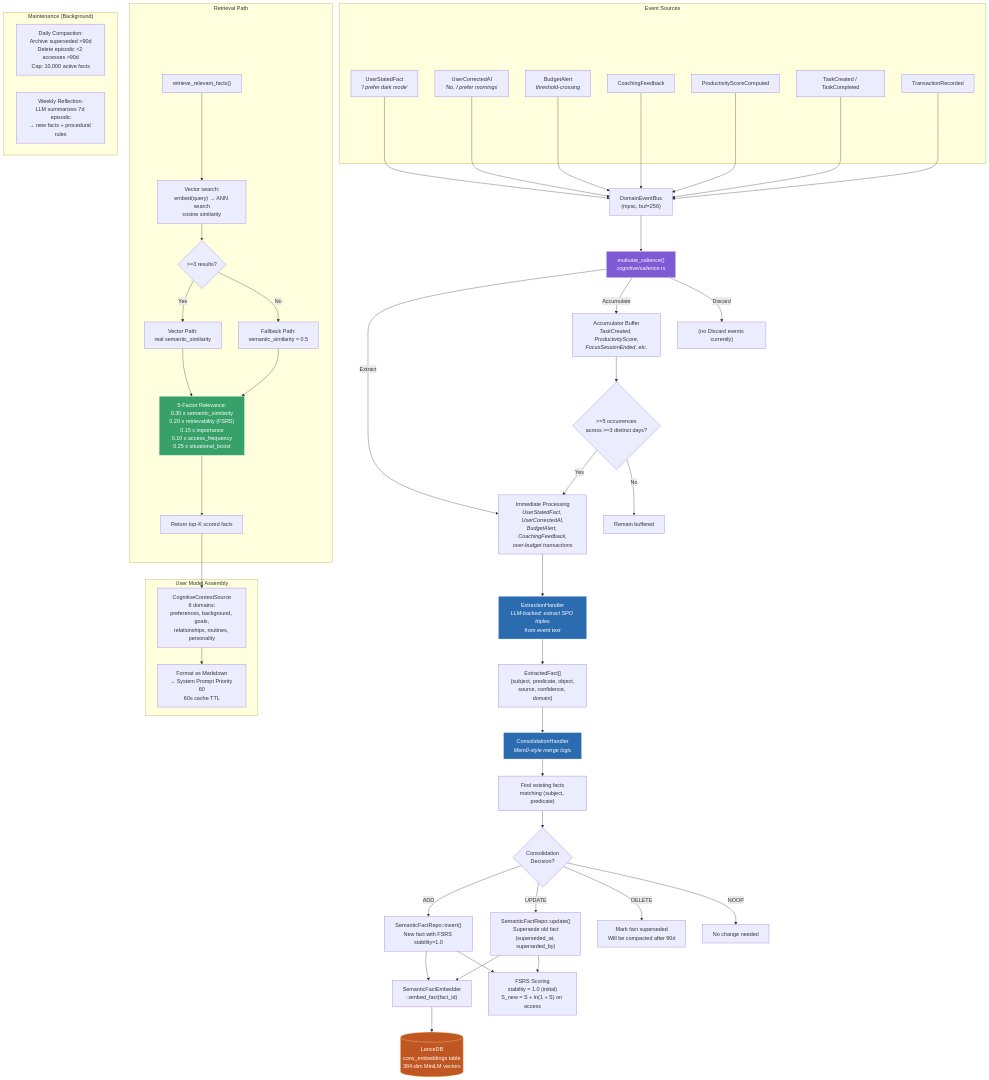
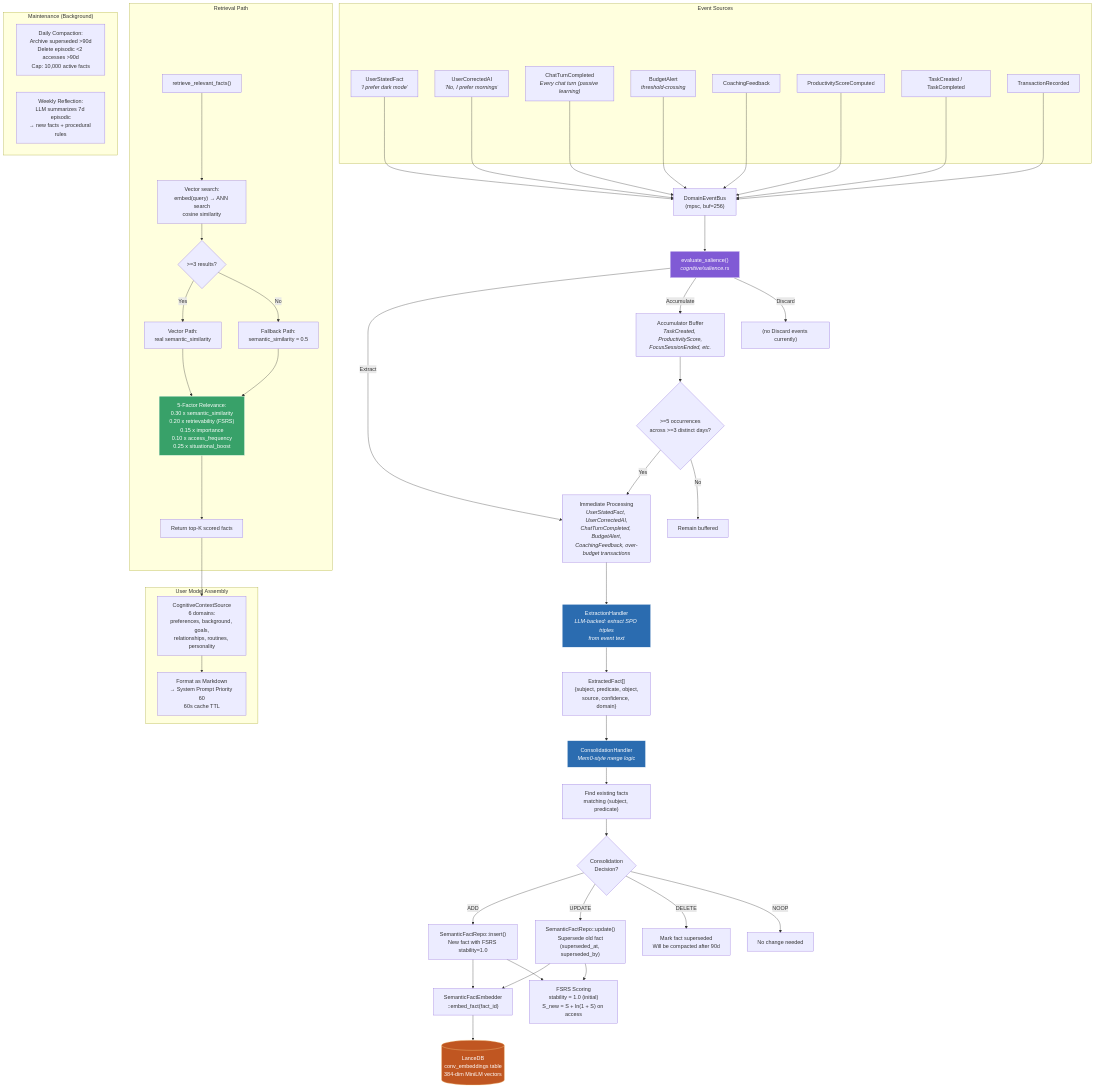
Before and after one commit to KlyntLabs/klyntbot: the fourth of 8 diagrams in docs/ARCHITECTURE_DIAGRAMS.md, drawn with Mermaid. The commit also changed other lines of this file and 8 other files, not shown here.

First line of the commit message:
feat(cognitive): add passive learning from chat turns via ChatTurnCompleted event

````diff
--- a/docs/ARCHITECTURE_DIAGRAMS.md
+++ b/docs/ARCHITECTURE_DIAGRAMS.md
@@ -269,68 +272,69 @@
 ```mermaid
 flowchart TD
     subgraph "Event Sources"
         US["UserStatedFact<br/><i>'I prefer dark mode'</i>"]
         UC["UserCorrectedAI<br/><i>'No, I prefer mornings'</i>"]
+        CT["ChatTurnCompleted<br/><i>Every chat turn (passive learning)</i>"]
         BA["BudgetAlert<br/><i>threshold-crossing</i>"]
         CF["CoachingFeedback"]
         PS["ProductivityScoreComputed"]
         TC["TaskCreated / TaskCompleted"]
         TR["TransactionRecorded"]
     end
 
-    US & UC & BA & CF & PS & TC & TR --> DEB["DomainEventBus<br/>(mpsc, buf=256)"]
+    US & UC & CT & BA & CF & PS & TC & TR --> DEB["DomainEventBus<br/>(mpsc, buf=256)"]
 
     DEB --> Salience["evaluate_salience()<br/><i>cognitive/salience.rs</i>"]
 
-    Salience -->|Extract| Immediate["Immediate Processing<br/><i>UserStatedFact, UserCorrectedAI,<br/>BudgetAlert, CoachingFeedback,<br/>over-budget transactions</i>"]
+    Salience -->|Extract| Immediate["Immediate Processing<br/><i>UserStatedFact, UserCorrectedAI,<br/>ChatTurnCompleted, BudgetAlert,<br/>CoachingFeedback, over-budget transactions</i>"]
     Salience -->|Accumulate| Buffer["Accumulator Buffer<br/><i>TaskCreated, ProductivityScore,<br/>FocusSessionEnded, etc.</i>"]
     Salience -->|Discard| Drop["(no Discard events currently)"]
 
     Buffer --> PromotionCheck{">=5 occurrences<br/>across >=3 distinct days?"}
     PromotionCheck -->|Yes| Immediate
     PromotionCheck -->|No| StayBuffered["Remain buffered"]
 
     Immediate --> ExtractionHandler["ExtractionHandler<br/><i>LLM-backed: extract SPO triples<br/>from event text</i>"]
 
     ExtractionHandler --> ExtractedFacts["ExtractedFact[]<br/>{subject, predicate, object,<br/>source, confidence, domain}"]
 
     ExtractedFacts --> Consolidation["ConsolidationHandler<br/><i>Mem0-style merge logic</i>"]
 
     Consolidation --> FindExisting["Find existing facts<br/>matching (subject, predicate)"]
 
     FindExisting --> Decision{Consolidation<br/>Decision?}
     Decision -->|ADD| Insert["SemanticFactRepo::insert()<br/>New fact with FSRS stability=1.0"]
     Decision -->|UPDATE| Update["SemanticFactRepo::update()<br/>Supersede old fact<br/>(superseded_at, superseded_by)"]
     Decision -->|DELETE| Archive["Mark fact superseded<br/>Will be compacted after 90d"]
     Decision -->|NOOP| Skip["No change needed"]
 
     Insert & Update --> Embed["SemanticFactEmbedder<br/>::embed_fact(fact_id)"]
     Embed --> LanceDB[("LanceDB<br/>conv_embeddings table<br/>384-dim MiniLM vectors")]
 
     Insert & Update --> FSRS["FSRS Scoring<br/>stability = 1.0 (initial)<br/>S_new = S + ln(1 + S) on access"]
 
     subgraph "Retrieval Path"
         Query["retrieve_relevant_facts()"] --> VecSearch["Vector search:<br/>embed(query) → ANN search<br/>cosine similarity"]
         VecSearch --> MinCheck{">=3 results?"}
         MinCheck -->|Yes| VectorPath["Vector Path:<br/>real semantic_similarity"]
         MinCheck -->|No| FallbackPath["Fallback Path:<br/>semantic_similarity = 0.5"]
         VectorPath & FallbackPath --> Score["5-Factor Relevance:<br/>0.30 x semantic_similarity<br/>0.20 x retrievability (FSRS)<br/>0.15 x importance<br/>0.10 x access_frequency<br/>0.25 x situational_boost"]
         Score --> TopK["Return top-K scored facts"]
     end
 
     subgraph "User Model Assembly"
         TopK --> UserModel["CognitiveContextSource<br/>6 domains:<br/>preferences, background, goals,<br/>relationships, routines, personality"]
         UserModel --> Markdown["Format as Markdown<br/>→ System Prompt Priority 60<br/>60s cache TTL"]
     end
 
     subgraph "Maintenance (Background)"
         Compact["Daily Compaction:<br/>Archive superseded >90d<br/>Delete episodic <2 accesses >90d<br/>Cap: 10,000 active facts"]
         WeeklyRef["Weekly Reflection:<br/>LLM summarizes 7d episodic<br/>→ new facts + procedural rules"]
     end
 
     style Salience fill:#805ad5,stroke:#fff,color:#fff
     style ExtractionHandler fill:#2b6cb0,stroke:#fff,color:#fff
     style Consolidation fill:#2b6cb0,stroke:#fff,color:#fff
     style LanceDB fill:#c05621,stroke:#fbd38d,color:#fff
     style Score fill:#38a169,stroke:#fff,color:#fff
 ```
````
